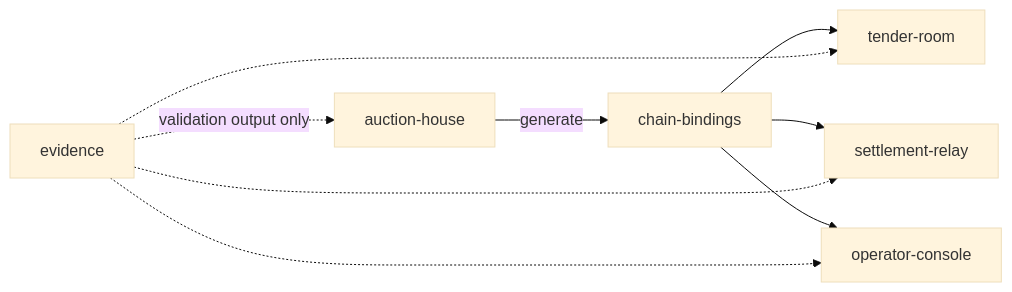
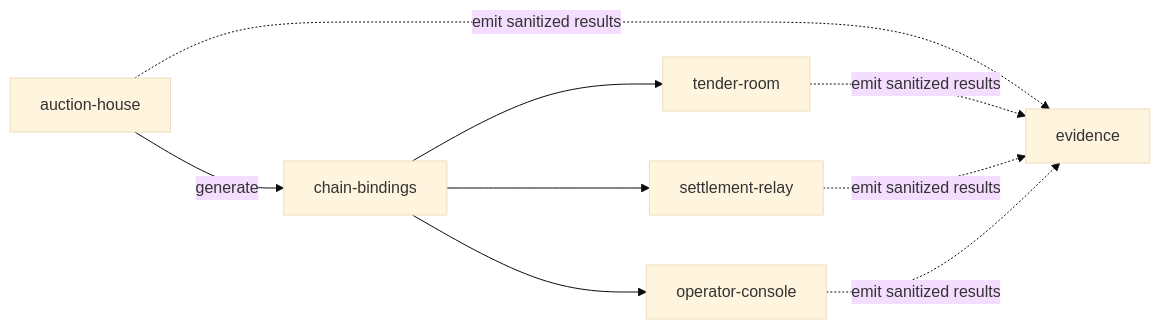
The diagram in docs/repository-layout.md (huutrungle2001/Veilbid), drawn with Mermaid (base theme) before and after one commit. The commit also changed other lines of this file and 4 other files, not shown here.

````diff
--- a/docs/repository-layout.md
+++ b/docs/repository-layout.md
@@ -123,12 +139,12 @@
 ```mermaid
 flowchart LR
     AH["auction-house"] -->|generate| CB["chain-bindings"]
     CB --> TR["tender-room"]
     CB --> SR["settlement-relay"]
     CB --> OC["operator-console"]
 
-    EV["evidence"] -.->|validation output only| AH
-    EV -.-> TR
-    EV -.-> SR
-    EV -.-> OC
+    AH -.->|emit sanitized results| EV["evidence"]
+    TR -.->|emit sanitized results| EV
+    SR -.->|emit sanitized results| EV
+    OC -.->|emit sanitized results| EV
 ```
````
